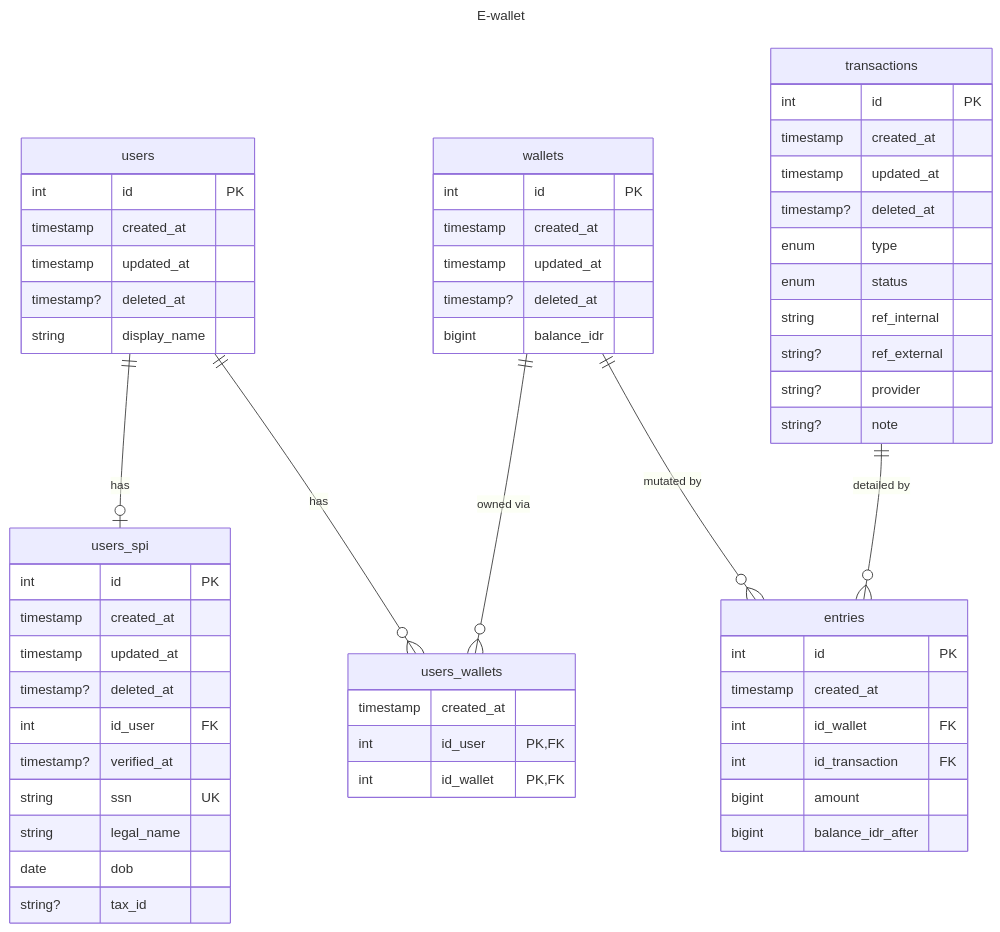
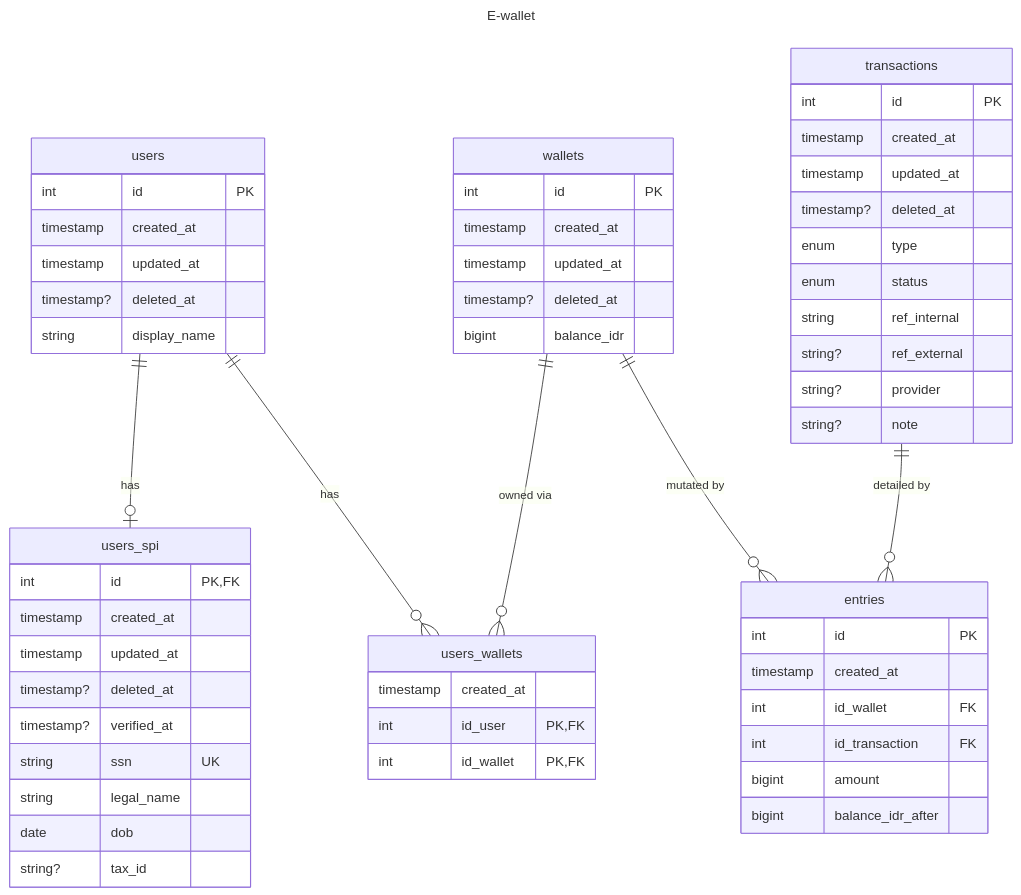
The diagram in README.md (ryansuhartanto/koda-b8-ewallet-cli), drawn with Mermaid before and after one commit. The commit also changed 2 other files, not shown here.

Commit message:
fix: one-to-one

```diff
--- a/README.md
+++ b/README.md
@@ -27,13 +27,12 @@
 }
 
 users_spi {
-    int id PK
+    int id PK,FK
 
     timestamp  created_at
     timestamp  updated_at
     timestamp? deleted_at
 
-    int        id_user     FK
     timestamp? verified_at
 
     string ssn        UK
```
